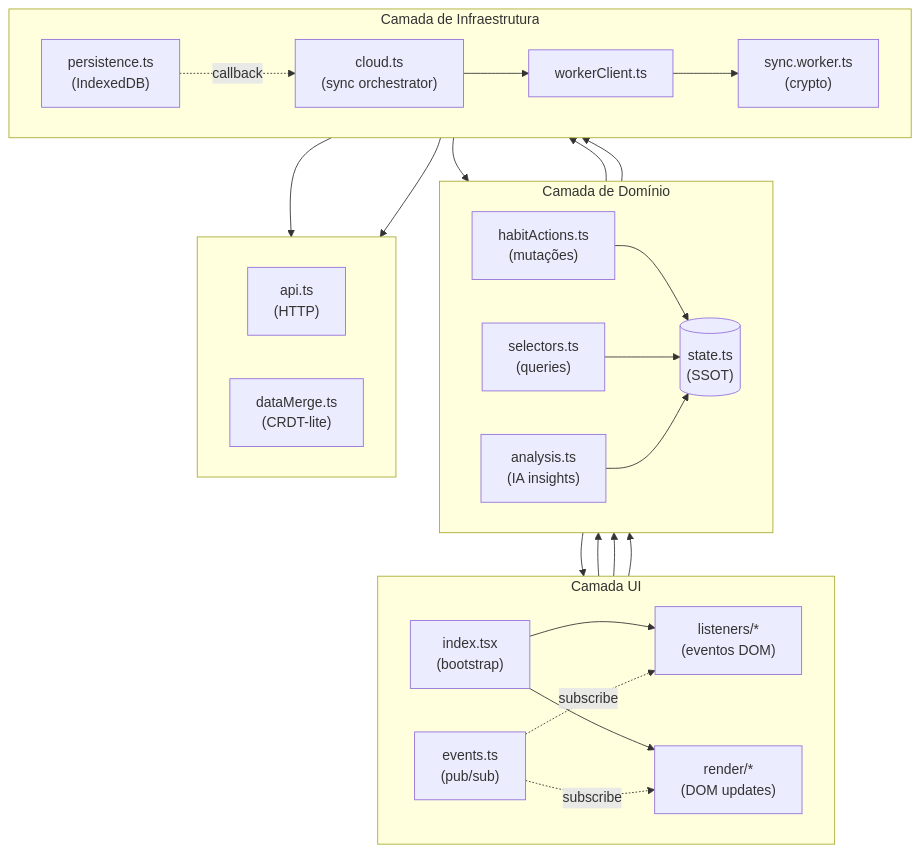
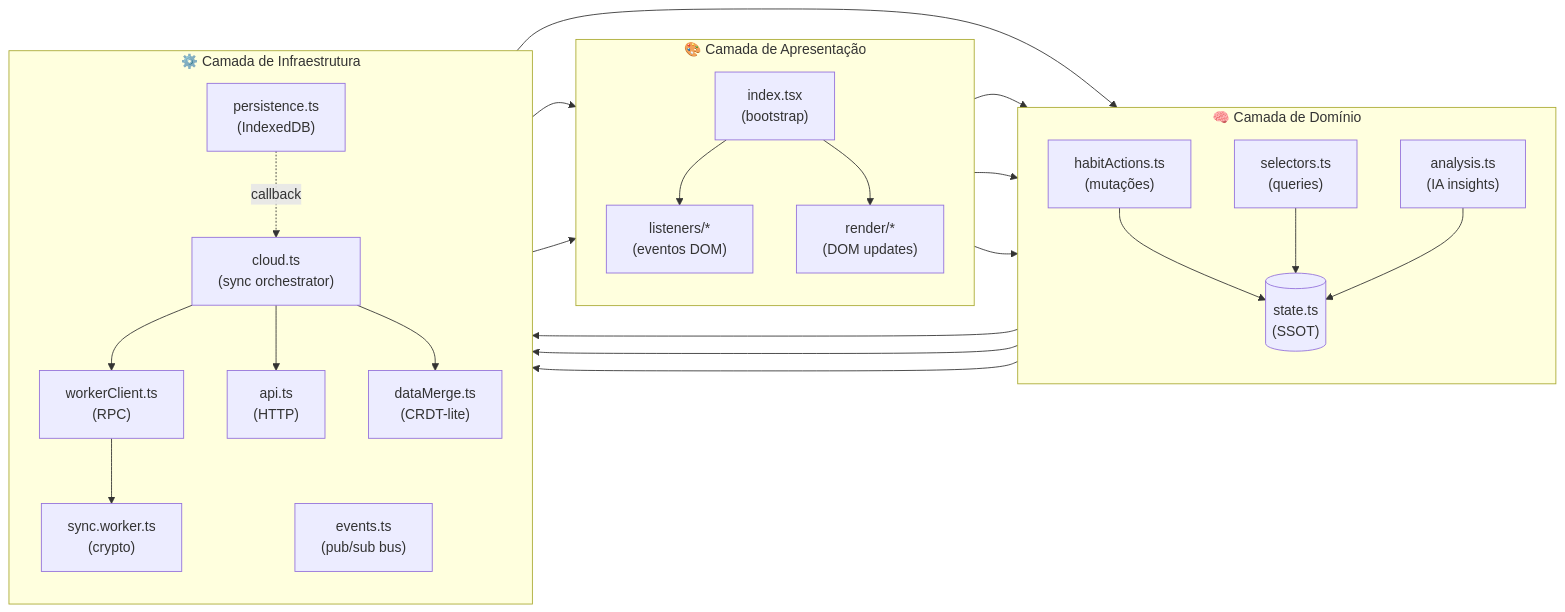
One commit to farifran/askesis changed the third of 18 diagrams in README.md. Above: the diagram before and after it, drawn with Mermaid. The commit also changed other lines of this file, not shown here.

Commit message:
Atualiza diagramas no README para melhorar a clareza e a formatação, alterando a estrutura e os rótulos das camadas.

````diff
--- a/README.md
+++ b/README.md
@@ -193,65 +193,63 @@
 ```mermaid
-flowchart TB
-  %% Layout em camadas: UI → Domínio → Infra (fluxo vertical sem cruzamentos)
+flowchart LR
+  %% Layout horizontal: fluxo da esquerda para direita, minimizando cruzamentos
 
-  subgraph UI["Camada UI"]
-    direction LR
-    IDX["index.tsx\n(bootstrap)"]
-    LISTEN["listeners/*\n(eventos DOM)"]
-    RENDER["render/*\n(DOM updates)"]
-    EVENTS["events.ts\n(pub/sub)"]
+  subgraph PRESENTATION["🎨 Camada de Apresentação"]
+    direction TB
+    IDX["index.tsx<br/>(bootstrap)"]
+    LISTEN["listeners/*<br/>(eventos DOM)"]
+    RENDER["render/*<br/>(DOM updates)"]
   end
 
-  subgraph DOMAIN["Camada de Domínio"]
-    direction LR
-    ACTIONS["habitActions.ts\n(mutações)"]
-    SELECTORS["selectors.ts\n(queries)"]
-    ANALYSIS["analysis.ts\n(IA insights)"]
-    STATE[("state.ts\n(SSOT)")]
+  subgraph DOMAIN["🧠 Camada de Domínio"]
+    direction TB
+    ACTIONS["habitActions.ts<br/>(mutações)"]
+    SELECTORS["selectors.ts<br/>(queries)"]
+    ANALYSIS["analysis.ts<br/>(IA insights)"]
+    STATE[("state.ts<br/>(SSOT)")]
   end
 
-  subgraph INFRA["Camada de Infraestrutura"]
-    direction LR
-    PERSIST["persistence.ts\n(IndexedDB)"]
-    CLOUD["cloud.ts\n(sync orchestrator)"]
-    WRPC["workerClient.ts"]
-    WORKER["sync.worker.ts\n(crypto)"]
+  subgraph INFRA["⚙️ Camada de Infraestrutura"]
+    direction TB
+    PERSIST["persistence.ts<br/>(IndexedDB)"]
+    EVENTS["events.ts<br/>(pub/sub bus)"]
+    CLOUD["cloud.ts<br/>(sync orchestrator)"]
+    WRPC["workerClient.ts<br/>(RPC)"]
+    WORKER["sync.worker.ts<br/>(crypto)"]
+    API["api.ts<br/>(HTTP)"]
+    MERGE["dataMerge.ts<br/>(CRDT-lite)"]
   end
 
-  subgraph INFRA_AUX[" "]
-    direction LR
-    API["api.ts\n(HTTP)"]
-    MERGE["dataMerge.ts\n(CRDT-lite)"]
-  end
-
-  %% === Boot ===
+  %% === Bootstrap (inicialização) ===
   IDX --> LISTEN
   IDX --> RENDER
 
   %% === UI → Domínio ===
   LISTEN --> ACTIONS
   LISTEN --> ANALYSIS
   RENDER --> SELECTORS
 
-  %% === Domínio → State ===
+  %% === Domínio → Estado ===
   ACTIONS --> STATE
   SELECTORS --> STATE
   ANALYSIS --> STATE
 
-  %% === Persistência ===
+  %% === Persistência Local ===
   ACTIONS --> PERSIST
   PERSIST --> STATE
-  PERSIST -.->|callback| CLOUD
 
-  %% === Event Bus (publish/subscribe) ===
+  %% === Event Bus (comunicação assíncrona) ===
   ACTIONS --> EVENTS
-  EVENTS -.->|subscribe| RENDER
-  EVENTS -.->|subscribe| LISTEN
+  EVENTS --> RENDER
+  EVENTS --> LISTEN
 
-  %% === Sync Pipeline ===
+  %% === Pipeline de Sync ===
   ANALYSIS --> CLOUD
   CLOUD --> WRPC
-  WRPC --> WORKER
   CLOUD --> API
   CLOUD --> MERGE
+  WRPC --> WORKER
+
+  %% === Callback de Persistência ===
+  PERSIST -.->|callback| CLOUD
 ```
````
